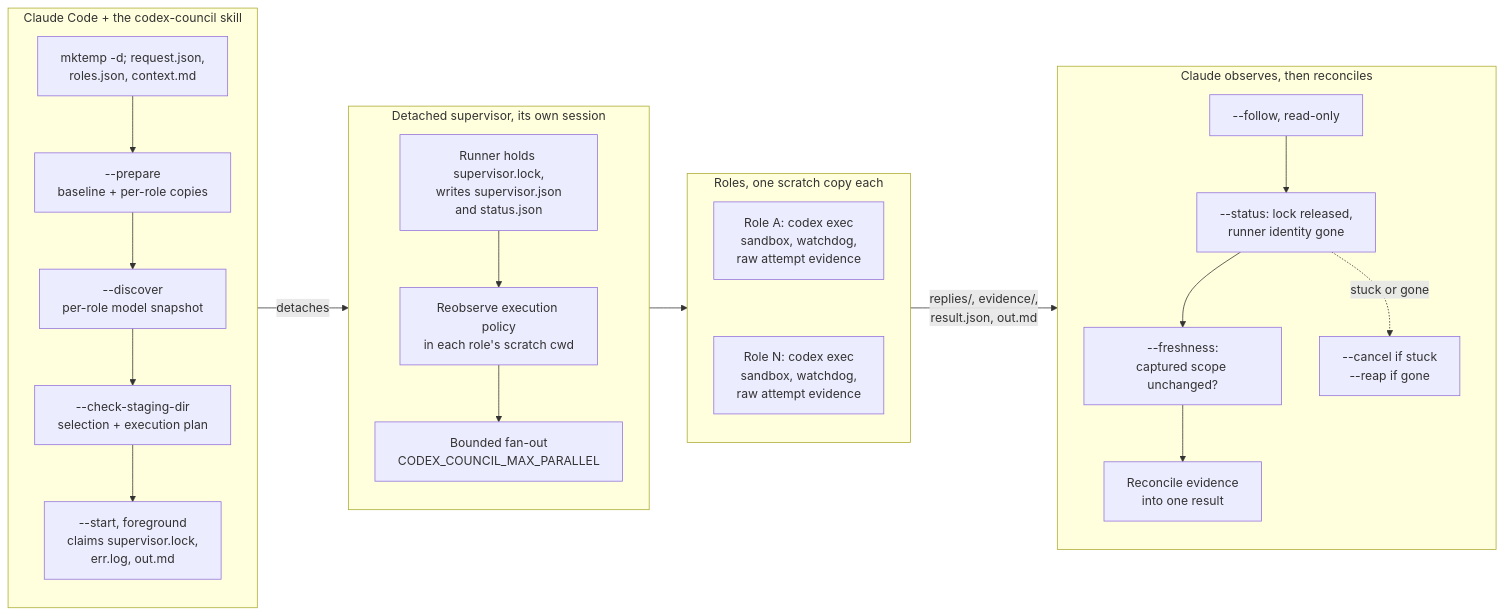
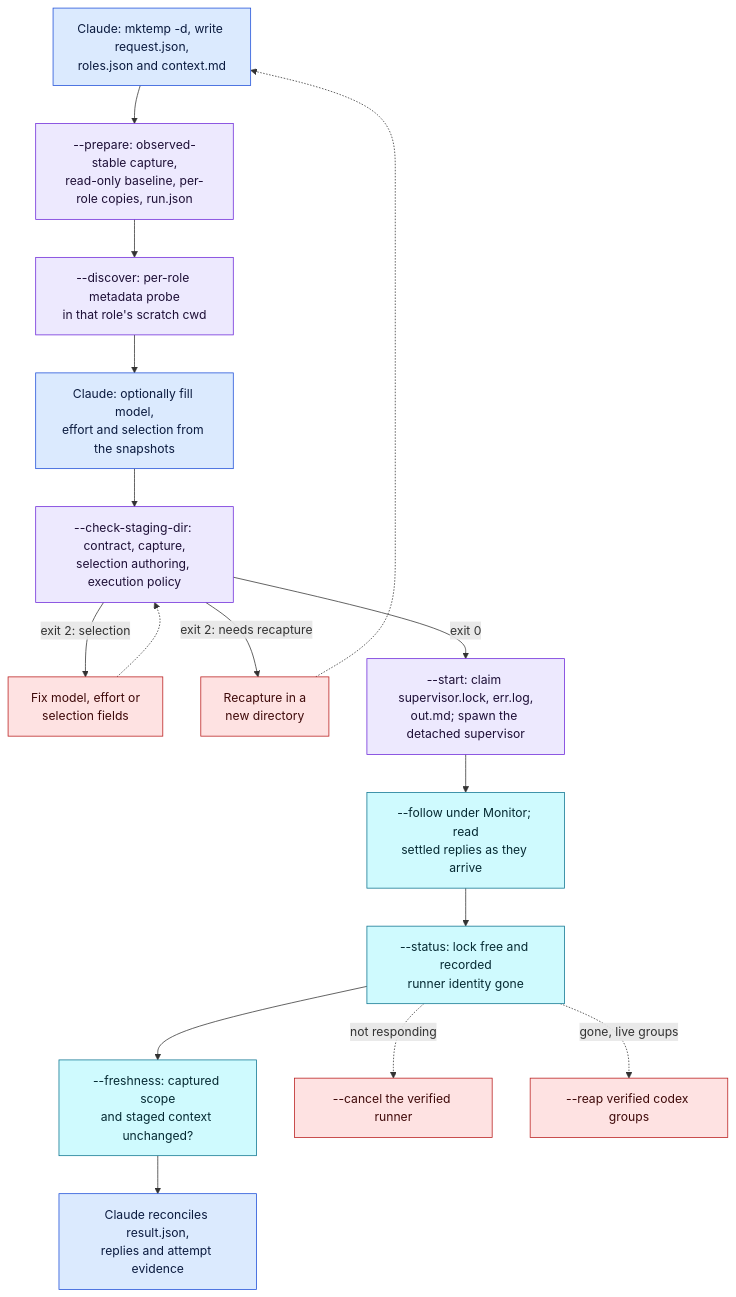
Before and after one commit to ehzawad/codex-council: the second of 4 diagrams in README.md, drawn with Mermaid. The commit also changed other lines of this file and 39 other files, not shown here.

First line of the commit message:
codex-council 1.3.1: docs and cleanup (#16)

````diff
--- a/README.md
+++ b/README.md
@@ -61,37 +113,27 @@
 ```mermaid
-flowchart LR
-    subgraph Host["Claude Code + the codex-council skill"]
-        direction TB
-        Stage["mktemp -d; request.json,<br/>roles.json, context.md"] --> Prepare["--prepare<br/>baseline + per-role copies"]
-        Prepare --> Disc["--discover<br/>per-role model snapshot"]
-        Disc --> Check["--check-staging-dir<br/>selection + execution plan"]
-        Check --> Start["--start, foreground<br/>claims supervisor.lock,<br/>err.log, out.md"]
-    end
+flowchart TD
+    Brief["Claude: mktemp -d, write request.json,<br/>roles.json and context.md"] --> Prepare["--prepare: observed-stable capture,<br/>read-only baseline, per-role copies, run.json"]
+    Prepare --> Discover["--discover: per-role metadata probe<br/>in that role's scratch cwd"]
+    Discover --> Select["Claude: optionally fill model,<br/>effort and selection from the snapshots"]
+    Select --> Check["--check-staging-dir: contract, capture,<br/>selection authoring, execution policy"]
+    Check -- "exit 2: selection" --> Repair["Fix model, effort or<br/>selection fields"]
+    Repair -.-> Check
+    Check -- "exit 2: needs recapture" --> Recapture["Recapture in a<br/>new directory"]
+    Recapture -.-> Brief
+    Check -- "exit 0" --> Start["--start: claim supervisor.lock, err.log,<br/>out.md; spawn the detached supervisor"]
+    Start --> Follow["--follow under Monitor; read<br/>settled replies as they arrive"]
+    Follow --> Status["--status: lock free and recorded<br/>runner identity gone"]
+    Status --> Fresh["--freshness: captured scope<br/>and staged context unchanged?"]
+    Fresh --> Reconcile["Claude reconciles result.json,<br/>replies and attempt evidence"]
+    Status -. "not responding" .-> Cancel["--cancel the verified runner"]
+    Status -. "gone, live groups" .-> Reap["--reap verified codex groups"]
 
-    Host -- "detaches" --> Detached
-
-    subgraph Detached["Detached supervisor, its own session"]
-        direction TB
-        Runner["Runner holds supervisor.lock,<br/>writes supervisor.json<br/>and status.json"] --> Policy["Reobserve execution policy<br/>in each role's scratch cwd"]
-        Policy --> Fanout["Bounded fan-out<br/>CODEX_COUNCIL_MAX_PARALLEL"]
-    end
-
-    Fanout --> Roles
-
-    subgraph Roles["Roles, one scratch copy each"]
-        direction TB
-        RoleA["Role A: codex exec<br/>sandbox, watchdog,<br/>raw attempt evidence"]
-        RoleN["Role N: codex exec<br/>sandbox, watchdog,<br/>raw attempt evidence"]
-        RoleA ~~~ RoleN
-    end
-
-    Roles -- "replies/, evidence/,<br/>result.json, out.md" --> Watch
-
-    subgraph Watch["Claude observes, then reconciles"]
-        direction TB
-        Follow["--follow, read-only"] --> Status["--status: lock released,<br/>runner identity gone"]
-        Status --> Fresh["--freshness:<br/>captured scope unchanged?"]
-        Fresh --> Reconcile["Reconcile evidence<br/>into one result"]
-        Status -. "stuck or gone" .-> Ctl["--cancel if stuck<br/>--reap if gone"]
-    end
+    classDef host fill:#dbeafe,stroke:#1d4ed8,color:#0b1b3f
+    classDef runner fill:#ede9fe,stroke:#6d28d9,color:#1e1037
+    classDef observer fill:#cffafe,stroke:#0e7490,color:#062a33
+    classDef failure fill:#fee2e2,stroke:#b91c1c,color:#3f0a0a
+    class Brief,Select,Reconcile host
+    class Prepare,Discover,Check,Start runner
+    class Follow,Status,Fresh observer
+    class Repair,Recapture,Cancel,Reap failure
 ```
````
